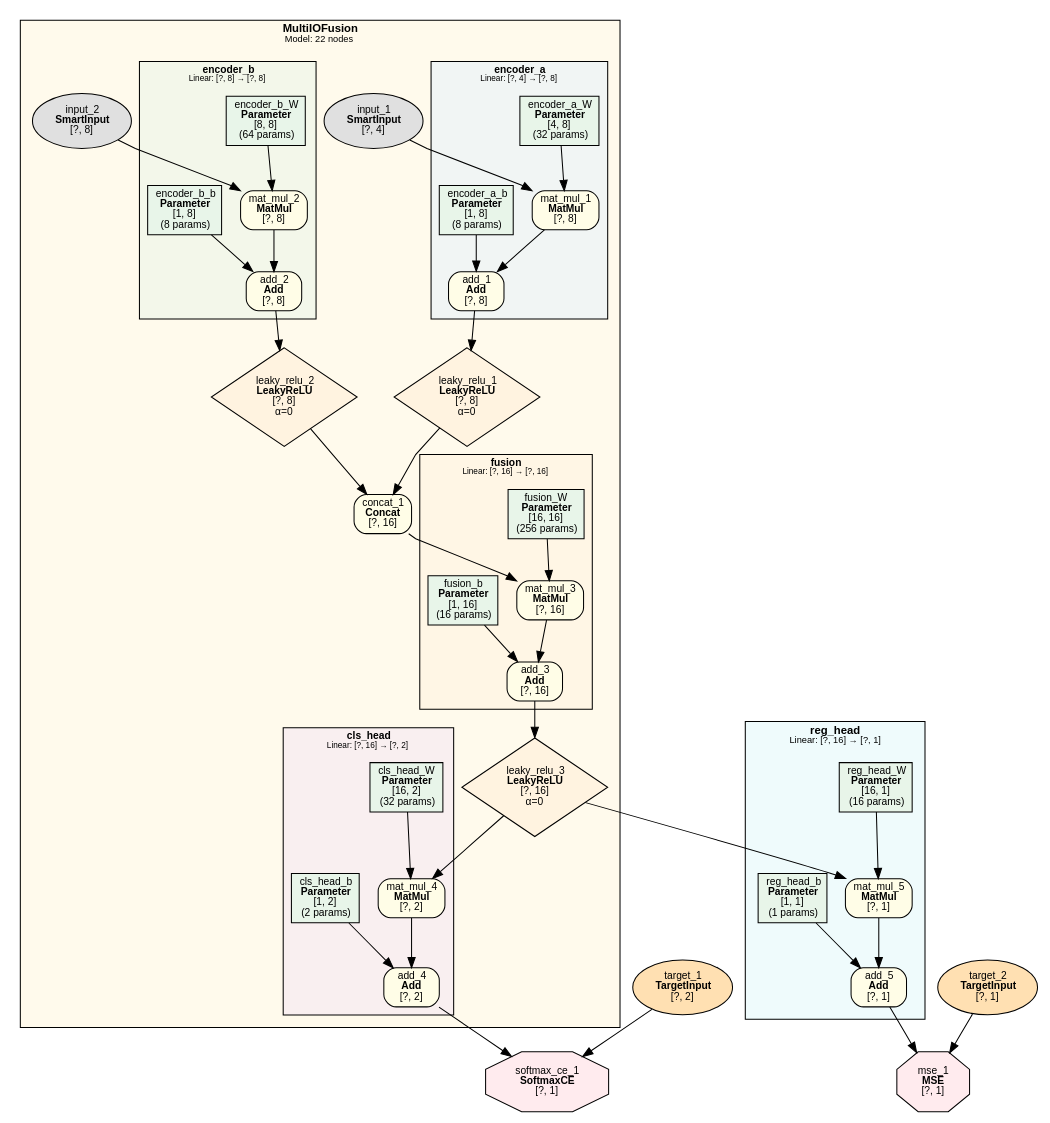
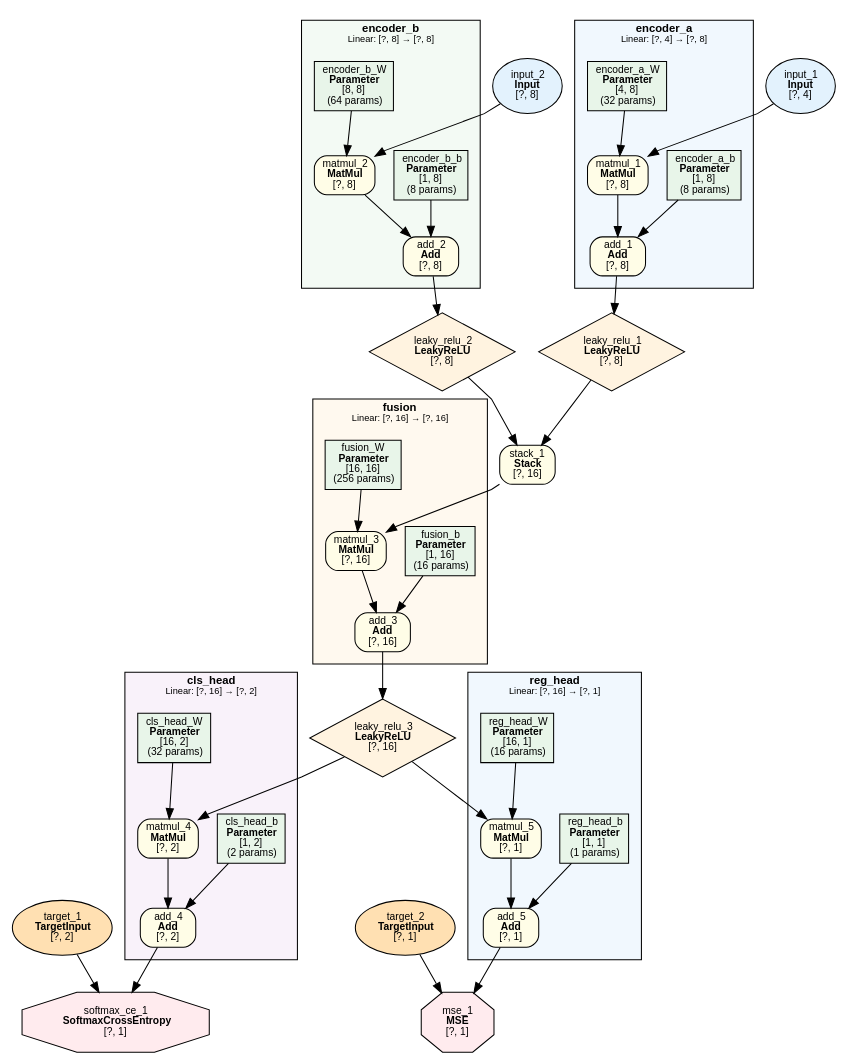
The diagram in examples/multi_io_fusion/multi_io_fusion.dot (dbsxdbsx/only_torch), drawn with Graphviz before and after one commit. The commit also changed 17 other files, not shown here.

```diff
--- a/examples/multi_io_fusion/multi_io_fusion.dot
+++ b/examples/multi_io_fusion/multi_io_fusion.dot
@@ -1,118 +1,113 @@
-digraph Model {
+digraph ComputeGraph {
     rankdir=TB;
     newrank=true;
     splines=polyline;
     node [fontname="Microsoft YaHei,SimHei,Arial"];
     edge [fontname="Microsoft YaHei,SimHei,Arial"];
 
-    subgraph cluster_MultiIOFusion {
-        label=<<B>MultiIOFusion</B><BR/><FONT POINT-SIZE="9">Model: 22 nodes</FONT>>;
+    subgraph cluster_encoder_a {
+        label=<<B>encoder_a</B><BR/><FONT POINT-SIZE="9">Linear: [?, 4] → [?, 8]</FONT>>;
         style=filled;
-        fillcolor="#FFECB340";
+        fillcolor="#E3F2FD80";
         fontname="Microsoft YaHei,SimHei,Arial";
         fontsize=11;
         margin=12;
-        subgraph cluster_MultiIOFusion_encoder_a {
-            label=<<B>encoder_a</B><BR/><FONT POINT-SIZE="8">Linear: [?, 4] → [?, 8]</FONT>>;
-            style=filled;
-            fillcolor="#E3F2FD80";
-            fontname="Microsoft YaHei,SimHei,Arial";
-            fontsize=10;
-            margin=8;
+            "200334" [label=<add_1<BR/><B>Add</B><BR/>[?, 8]> shape=box style="filled,rounded" fillcolor="#FFFDE7" fontsize=10];
+            "200333" [label=<matmul_1<BR/><B>MatMul</B><BR/>[?, 8]> shape=box style="filled,rounded" fillcolor="#FFFDE7" fontsize=10];
+            "2" [label=<encoder_a_b<BR/><B>Parameter</B><BR/>[1, 8]<BR/>(8 params)> shape=box style=filled fillcolor="#E8F5E9" fontsize=10];
             "1" [label=<encoder_a_W<BR/><B>Parameter</B><BR/>[4, 8]<BR/>(32 params)> shape=box style=filled fillcolor="#E8F5E9" fontsize=10];
-            "2" [label=<encoder_a_b<BR/><B>Parameter</B><BR/>[1, 8]<BR/>(8 params)> shape=box style=filled fillcolor="#E8F5E9" fontsize=10];
-            "13" [label=<mat_mul_1<BR/><B>MatMul</B><BR/>[?, 8]> shape=box style="filled,rounded" fillcolor="#FFFDE7" fontsize=10];
-            "14" [label=<add_1<BR/><B>Add</B><BR/>[?, 8]> shape=box style="filled,rounded" fillcolor="#FFFDE7" fontsize=10];
-        }
-        subgraph cluster_MultiIOFusion_encoder_b {
-            label=<<B>encoder_b</B><BR/><FONT POINT-SIZE="8">Linear: [?, 8] → [?, 8]</FONT>>;
-            style=filled;
-            fillcolor="#E8F5E980";
-            fontname="Microsoft YaHei,SimHei,Arial";
-            fontsize=10;
-            margin=8;
+    }
+
+    subgraph cluster_encoder_b {
+        label=<<B>encoder_b</B><BR/><FONT POINT-SIZE="9">Linear: [?, 8] → [?, 8]</FONT>>;
+        style=filled;
+        fillcolor="#E8F5E980";
+        fontname="Microsoft YaHei,SimHei,Arial";
+        fontsize=11;
+        margin=12;
+            "200337" [label=<add_2<BR/><B>Add</B><BR/>[?, 8]> shape=box style="filled,rounded" fillcolor="#FFFDE7" fontsize=10];
+            "200336" [label=<matmul_2<BR/><B>MatMul</B><BR/>[?, 8]> shape=box style="filled,rounded" fillcolor="#FFFDE7" fontsize=10];
+            "4" [label=<encoder_b_b<BR/><B>Parameter</B><BR/>[1, 8]<BR/>(8 params)> shape=box style=filled fillcolor="#E8F5E9" fontsize=10];
             "3" [label=<encoder_b_W<BR/><B>Parameter</B><BR/>[8, 8]<BR/>(64 params)> shape=box style=filled fillcolor="#E8F5E9" fontsize=10];
-            "4" [label=<encoder_b_b<BR/><B>Parameter</B><BR/>[1, 8]<BR/>(8 params)> shape=box style=filled fillcolor="#E8F5E9" fontsize=10];
-            "16" [label=<mat_mul_2<BR/><B>MatMul</B><BR/>[?, 8]> shape=box style="filled,rounded" fillcolor="#FFFDE7" fontsize=10];
-            "17" [label=<add_2<BR/><B>Add</B><BR/>[?, 8]> shape=box style="filled,rounded" fillcolor="#FFFDE7" fontsize=10];
-        }
-        subgraph cluster_MultiIOFusion_fusion {
-            label=<<B>fusion</B><BR/><FONT POINT-SIZE="8">Linear: [?, 16] → [?, 16]</FONT>>;
-            style=filled;
-            fillcolor="#FFF3E080";
-            fontname="Microsoft YaHei,SimHei,Arial";
-            fontsize=10;
-            margin=8;
+    }
+
+    subgraph cluster_fusion {
+        label=<<B>fusion</B><BR/><FONT POINT-SIZE="9">Linear: [?, 16] → [?, 16]</FONT>>;
+        style=filled;
+        fillcolor="#FFF3E080";
+        fontname="Microsoft YaHei,SimHei,Arial";
+        fontsize=11;
+        margin=12;
+            "200341" [label=<add_3<BR/><B>Add</B><BR/>[?, 16]> shape=box style="filled,rounded" fillcolor="#FFFDE7" fontsize=10];
+            "200340" [label=<matmul_3<BR/><B>MatMul</B><BR/>[?, 16]> shape=box style="filled,rounded" fillcolor="#FFFDE7" fontsize=10];
+            "6" [label=<fusion_b<BR/><B>Parameter</B><BR/>[1, 16]<BR/>(16 params)> shape=box style=filled fillcolor="#E8F5E9" fontsize=10];
             "5" [label=<fusion_W<BR/><B>Parameter</B><BR/>[16, 16]<BR/>(256 params)> shape=box style=filled fillcolor="#E8F5E9" fontsize=10];
-            "6" [label=<fusion_b<BR/><B>Parameter</B><BR/>[1, 16]<BR/>(16 params)> shape=box style=filled fillcolor="#E8F5E9" fontsize=10];
-            "20" [label=<mat_mul_3<BR/><B>MatMul</B><BR/>[?, 16]> shape=box style="filled,rounded" fillcolor="#FFFDE7" fontsize=10];
-            "21" [label=<add_3<BR/><B>Add</B><BR/>[?, 16]> shape=box style="filled,rounded" fillcolor="#FFFDE7" fontsize=10];
-        }
-        subgraph cluster_MultiIOFusion_cls_head {
-            label=<<B>cls_head</B><BR/><FONT POINT-SIZE="8">Linear: [?, 16] → [?, 2]</FONT>>;
-            style=filled;
-            fillcolor="#F3E5F580";
-            fontname="Microsoft YaHei,SimHei,Arial";
-            fontsize=10;
-            margin=8;
+    }
+
+    subgraph cluster_cls_head {
+        label=<<B>cls_head</B><BR/><FONT POINT-SIZE="9">Linear: [?, 16] → [?, 2]</FONT>>;
+        style=filled;
+        fillcolor="#F3E5F580";
+        fontname="Microsoft YaHei,SimHei,Arial";
+        fontsize=11;
+        margin=12;
+            "200344" [label=<add_4<BR/><B>Add</B><BR/>[?, 2]> shape=box style="filled,rounded" fillcolor="#FFFDE7" fontsize=10];
+            "200343" [label=<matmul_4<BR/><B>MatMul</B><BR/>[?, 2]> shape=box style="filled,rounded" fillcolor="#FFFDE7" fontsize=10];
+            "8" [label=<cls_head_b<BR/><B>Parameter</B><BR/>[1, 2]<BR/>(2 params)> shape=box style=filled fillcolor="#E8F5E9" fontsize=10];
             "7" [label=<cls_head_W<BR/><B>Parameter</B><BR/>[16, 2]<BR/>(32 params)> shape=box style=filled fillcolor="#E8F5E9" fontsize=10];
-            "8" [label=<cls_head_b<BR/><B>Parameter</B><BR/>[1, 2]<BR/>(2 params)> shape=box style=filled fillcolor="#E8F5E9" fontsize=10];
-            "23" [label=<mat_mul_4<BR/><B>MatMul</B><BR/>[?, 2]> shape=box style="filled,rounded" fillcolor="#FFFDE7" fontsize=10];
-            "24" [label=<add_4<BR/><B>Add</B><BR/>[?, 2]> shape=box style="filled,rounded" fillcolor="#FFFDE7" fontsize=10];
-        }
-            "11" [label=<input_1<BR/><B>SmartInput</B><BR/>[?, 4]> shape=ellipse style=filled fillcolor="#E0E0E0" fontsize=10];
-            "12" [label=<input_2<BR/><B>SmartInput</B><BR/>[?, 8]> shape=ellipse style=filled fillcolor="#E0E0E0" fontsize=10];
-            "15" [label=<leaky_relu_1<BR/><B>LeakyReLU</B><BR/>[?, 8]<BR/>α=0> shape=diamond style=filled fillcolor="#FFF3E0" fontsize=10];
-            "18" [label=<leaky_relu_2<BR/><B>LeakyReLU</B><BR/>[?, 8]<BR/>α=0> shape=diamond style=filled fillcolor="#FFF3E0" fontsize=10];
-            "19" [label=<concat_1<BR/><B>Concat</B><BR/>[?, 16]> shape=box style="filled,rounded" fillcolor="#FFFDE7" fontsize=10];
-            "22" [label=<leaky_relu_3<BR/><B>LeakyReLU</B><BR/>[?, 16]<BR/>α=0> shape=diamond style=filled fillcolor="#FFF3E0" fontsize=10];
     }
 
     subgraph cluster_reg_head {
         label=<<B>reg_head</B><BR/><FONT POINT-SIZE="9">Linear: [?, 16] → [?, 1]</FONT>>;
         style=filled;
-        fillcolor="#E0F7FA80";
+        fillcolor="#E3F2FD80";
         fontname="Microsoft YaHei,SimHei,Arial";
         fontsize=11;
         margin=12;
+            "200346" [label=<add_5<BR/><B>Add</B><BR/>[?, 1]> shape=box style="filled,rounded" fillcolor="#FFFDE7" fontsize=10];
+            "200345" [label=<matmul_5<BR/><B>MatMul</B><BR/>[?, 1]> shape=box style="filled,rounded" fillcolor="#FFFDE7" fontsize=10];
+            "10" [label=<reg_head_b<BR/><B>Parameter</B><BR/>[1, 1]<BR/>(1 params)> shape=box style=filled fillcolor="#E8F5E9" fontsize=10];
             "9" [label=<reg_head_W<BR/><B>Parameter</B><BR/>[16, 1]<BR/>(16 params)> shape=box style=filled fillcolor="#E8F5E9" fontsize=10];
-            "10" [label=<reg_head_b<BR/><B>Parameter</B><BR/>[1, 1]<BR/>(1 params)> shape=box style=filled fillcolor="#E8F5E9" fontsize=10];
-            "25" [label=<mat_mul_5<BR/><B>MatMul</B><BR/>[?, 1]> shape=box style="filled,rounded" fillcolor="#FFFDE7" fontsize=10];
-            "26" [label=<add_5<BR/><B>Add</B><BR/>[?, 1]> shape=box style="filled,rounded" fillcolor="#FFFDE7" fontsize=10];
     }
 
-    "27" [label=<target_1<BR/><B>TargetInput</B><BR/>[?, 2]> shape=ellipse style=filled fillcolor="#FFE0B2" fontsize=10];
-    "28" [label=<softmax_ce_1<BR/><B>SoftmaxCE</B><BR/>[?, 1]> shape=octagon style=filled fillcolor="#FFEBEE" fontsize=10];
-    "29" [label=<target_2<BR/><B>TargetInput</B><BR/>[?, 1]> shape=ellipse style=filled fillcolor="#FFE0B2" fontsize=10];
-    "30" [label=<mse_1<BR/><B>MSE</B><BR/>[?, 1]> shape=octagon style=filled fillcolor="#FFEBEE" fontsize=10];
+    "200348" [label=<softmax_ce_1<BR/><B>SoftmaxCrossEntropy</B><BR/>[?, 1]> shape=octagon style=filled fillcolor="#FFEBEE" fontsize=10];
+    "200350" [label=<mse_1<BR/><B>MSE</B><BR/>[?, 1]> shape=octagon style=filled fillcolor="#FFEBEE" fontsize=10];
+    "200347" [label=<target_1<BR/><B>TargetInput</B><BR/>[?, 2]> shape=ellipse style=filled fillcolor="#FFE0B2" fontsize=10];
+    "200349" [label=<target_2<BR/><B>TargetInput</B><BR/>[?, 1]> shape=ellipse style=filled fillcolor="#FFE0B2" fontsize=10];
+    "200342" [label=<leaky_relu_3<BR/><B>LeakyReLU</B><BR/>[?, 16]> shape=diamond style=filled fillcolor="#FFF3E0" fontsize=10];
+    "200339" [label=<stack_1<BR/><B>Stack</B><BR/>[?, 16]> shape=box style="filled,rounded" fillcolor="#FFFDE7" fontsize=10];
+    "200335" [label=<leaky_relu_1<BR/><B>LeakyReLU</B><BR/>[?, 8]> shape=diamond style=filled fillcolor="#FFF3E0" fontsize=10];
+    "200338" [label=<leaky_relu_2<BR/><B>LeakyReLU</B><BR/>[?, 8]> shape=diamond style=filled fillcolor="#FFF3E0" fontsize=10];
+    "200331" [label=<input_1<BR/><B>Input</B><BR/>[?, 4]> shape=ellipse style=filled fillcolor="#E3F2FD" fontsize=10];
+    "200332" [label=<input_2<BR/><B>Input</B><BR/>[?, 8]> shape=ellipse style=filled fillcolor="#E3F2FD" fontsize=10];
 
-    "11" -> "13";
-    "1" -> "13";
-    "13" -> "14";
-    "2" -> "14";
-    "14" -> "15";
-    "12" -> "16";
-    "3" -> "16";
-    "16" -> "17";
-    "4" -> "17";
-    "17" -> "18";
-    "15" -> "19";
-    "18" -> "19";
-    "19" -> "20";
-    "5" -> "20";
-    "20" -> "21";
-    "6" -> "21";
-    "21" -> "22";
-    "22" -> "23";
-    "7" -> "23";
-    "23" -> "24";
-    "8" -> "24";
-    "22" -> "25";
-    "9" -> "25";
-    "25" -> "26";
-    "10" -> "26";
-    "24" -> "28";
-    "27" -> "28";
-    "26" -> "30";
-    "29" -> "30";
+    "200344" -> "200348";
+    "200347" -> "200348";
+    "200346" -> "200350";
+    "200349" -> "200350";
+    "200343" -> "200344";
+    "8" -> "200344";
+    "200345" -> "200346";
+    "10" -> "200346";
+    "200342" -> "200343";
+    "7" -> "200343";
+    "200342" -> "200345";
+    "9" -> "200345";
+    "200341" -> "200342";
+    "200340" -> "200341";
+    "6" -> "200341";
+    "200339" -> "200340";
+    "5" -> "200340";
+    "200335" -> "200339";
+    "200338" -> "200339";
+    "200334" -> "200335";
+    "200337" -> "200338";
+    "200333" -> "200334";
+    "2" -> "200334";
+    "200336" -> "200337";
+    "4" -> "200337";
+    "200331" -> "200333";
+    "1" -> "200333";
+    "200332" -> "200336";
+    "3" -> "200336";
 }
```
